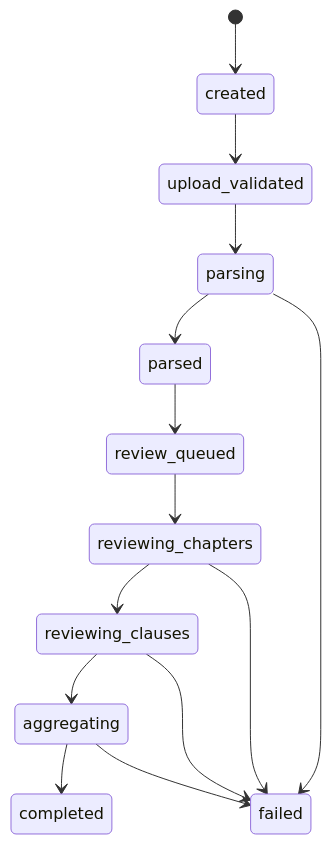
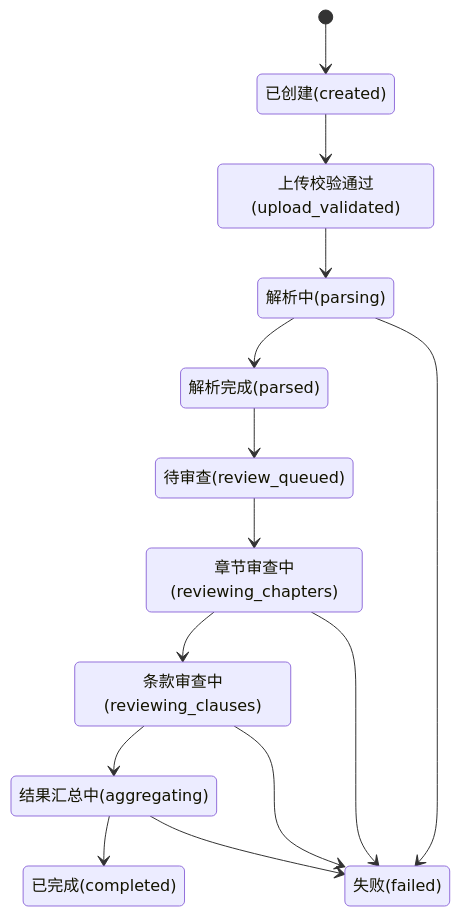
One commit to zeranlin/agent_dis changed the third of 3 diagrams in docs/tech/v1/architecture-layering.md. Above: the diagram before and after it, drawn with Mermaid. The commit also changed 18 other files, not shown here.

````diff
--- a/docs/tech/v1/architecture-layering.md
+++ b/docs/tech/v1/architecture-layering.md
@@ -333,17 +333,28 @@
 ```mermaid
 stateDiagram-v2
+    state "已创建(created)" as created
+    state "上传校验通过(upload_validated)" as upload_validated
+    state "解析中(parsing)" as parsing
+    state "解析完成(parsed)" as parsed
+    state "待审查(review_queued)" as review_queued
+    state "章节审查中(reviewing_chapters)" as reviewing_chapters
+    state "条款审查中(reviewing_clauses)" as reviewing_clauses
+    state "结果汇总中(aggregating)" as aggregating
+    state "已完成(completed)" as completed
+    state "失败(failed)" as failed
+
     [*] --> created
     created --> upload_validated
     upload_validated --> parsing
     parsing --> parsed
     parsed --> review_queued
     review_queued --> reviewing_chapters
     reviewing_chapters --> reviewing_clauses
     reviewing_clauses --> aggregating
     aggregating --> completed
 
     parsing --> failed
     reviewing_chapters --> failed
     reviewing_clauses --> failed
     aggregating --> failed
 ```
````
